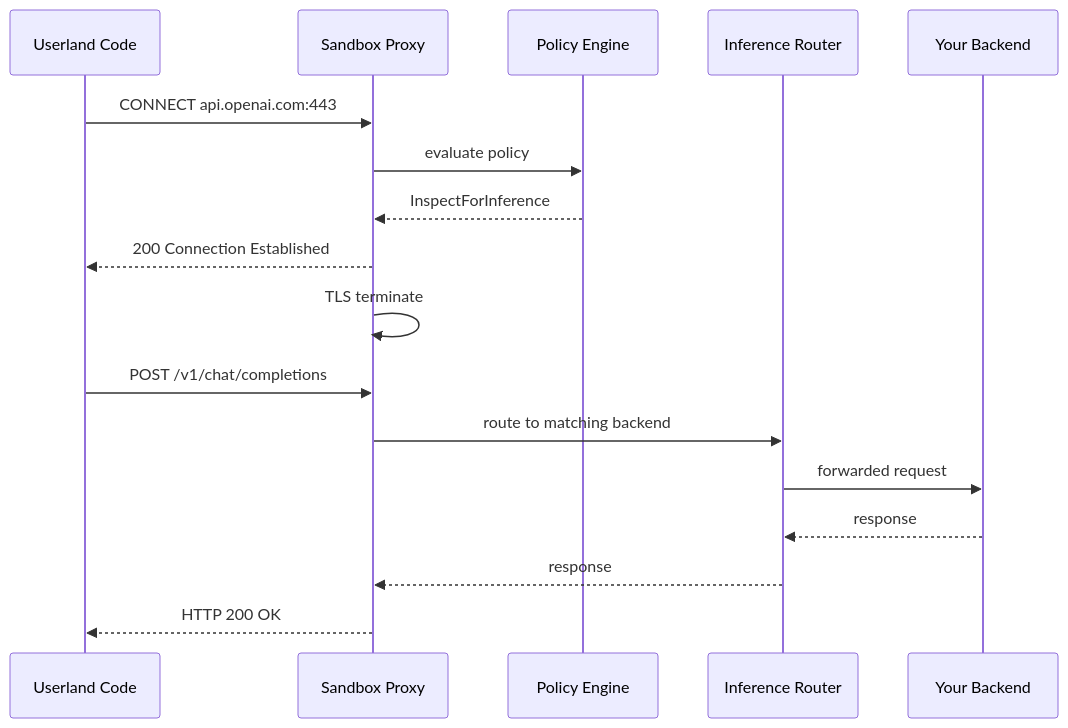
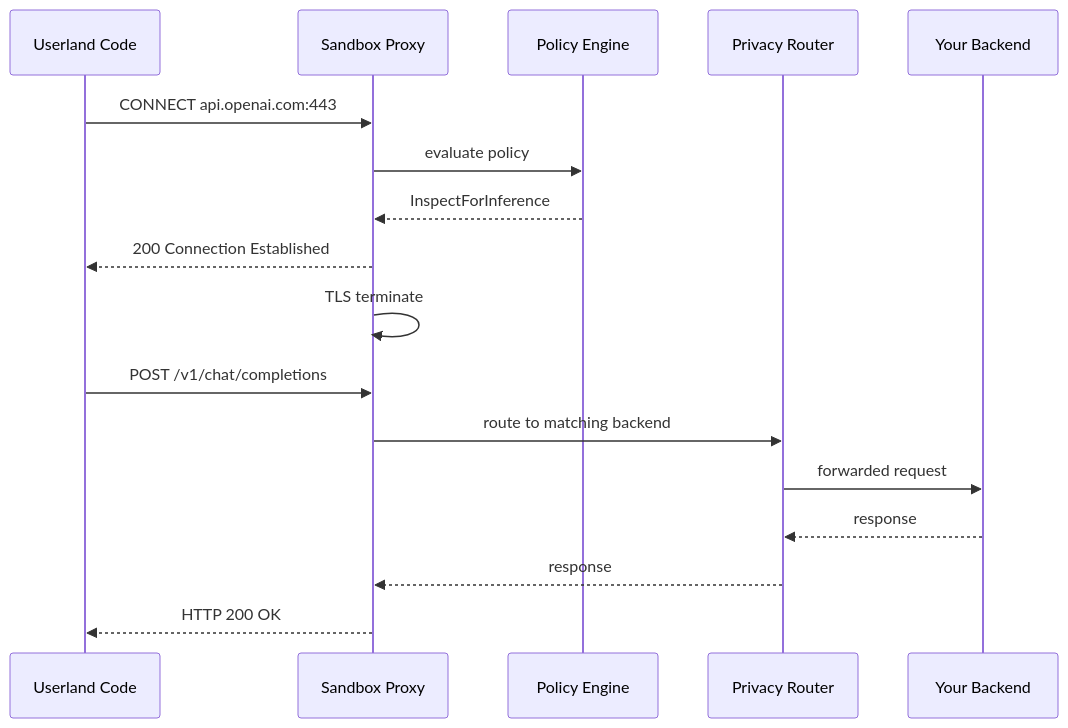
One commit to NVIDIA/OpenShell changed the diagram in docs/inference/index.md. Above: the diagram before and after it, drawn with Mermaid. The commit also changed 14 other files, not shown here.

Commit message:
Architecture updates

````diff
--- a/docs/inference/index.md
+++ b/docs/inference/index.md
@@ -36,20 +36,20 @@
 ```{mermaid}
 sequenceDiagram
     participant Code as Userland Code
     participant Proxy as Sandbox Proxy
     participant OPA as Policy Engine
-    participant Router as Inference Router
+    participant Router as Privacy Router
     participant Backend as Your Backend
 
     Code->>Proxy: CONNECT api.openai.com:443
     Proxy->>OPA: evaluate policy
     OPA-->>Proxy: InspectForInference
     Proxy-->>Code: 200 Connection Established
     Proxy->>Proxy: TLS terminate
     Code->>Proxy: POST /v1/chat/completions
     Proxy->>Router: route to matching backend
     Router->>Backend: forwarded request
     Backend-->>Router: response
     Router-->>Proxy: response
     Proxy-->>Code: HTTP 200 OK
 ```
````
